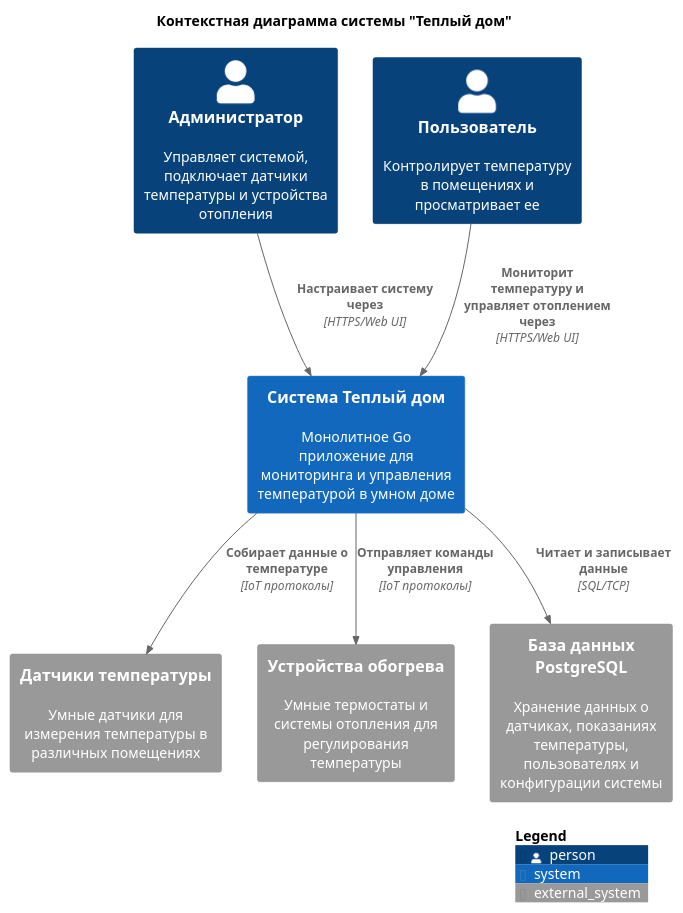
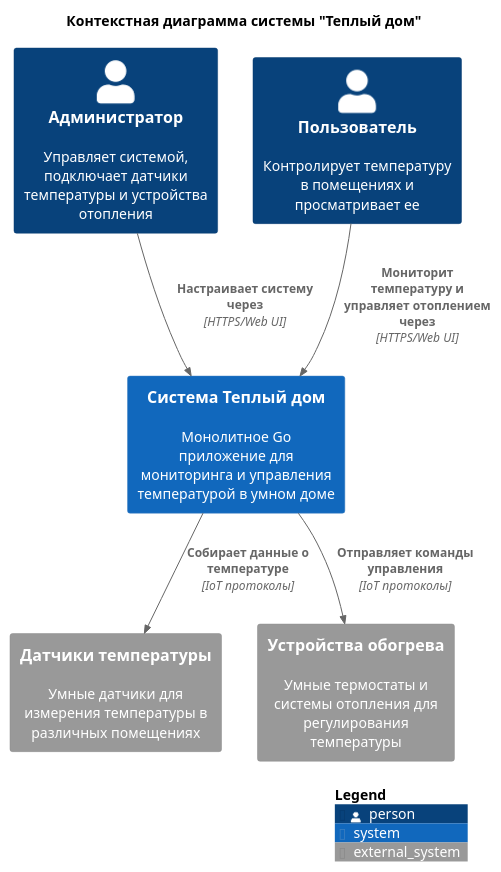
Before and after one commit to adilyas/architecture-warmhouse: the diagram in architecture/context-diagram.puml, drawn with PlantUML. The commit also changed 12 other files, not shown here.

```diff
--- a/architecture/context-diagram.puml
+++ b/architecture/context-diagram.puml
@@ -1,23 +1,21 @@
 @startuml C4_Context
 !include https://raw.githubusercontent.com/plantuml-stdlib/C4-PlantUML/master/C4_Context.puml
 
 title Контекстная диаграмма системы "Теплый дом"
 
 Person(admin, "Администратор", "Управляет системой, подключает датчики температуры и устройства отопления")
 Person(user, "Пользователь", "Контролирует температуру в помещениях и просматривает ее")
 
 System(warmhouse, "Система Теплый дом", "Монолитное Go приложение для мониторинга и управления температурой в умном доме")
 
 System_Ext(temp_sensors, "Датчики температуры", "Умные датчики для измерения температуры в различных помещениях")
 System_Ext(heating_devices, "Устройства обогрева", "Умные термостаты и системы отопления для регулирования температуры")
-System_Ext(database, "База данных PostgreSQL", "Хранение данных о датчиках, показаниях температуры, пользователях и конфигурации системы")
 
 Rel(admin, warmhouse, "Настраивает систему через", "HTTPS/Web UI")
 Rel(user, warmhouse, "Мониторит температуру и управляет отоплением через", "HTTPS/Web UI")
 
 Rel(warmhouse, temp_sensors, "Собирает данные о температуре", "IoT протоколы")
 Rel(warmhouse, heating_devices, "Отправляет команды управления", "IoT протоколы")
-Rel(warmhouse, database, "Читает и записывает данные", "SQL/TCP")
 
 SHOW_LEGEND()
 @enduml
```
